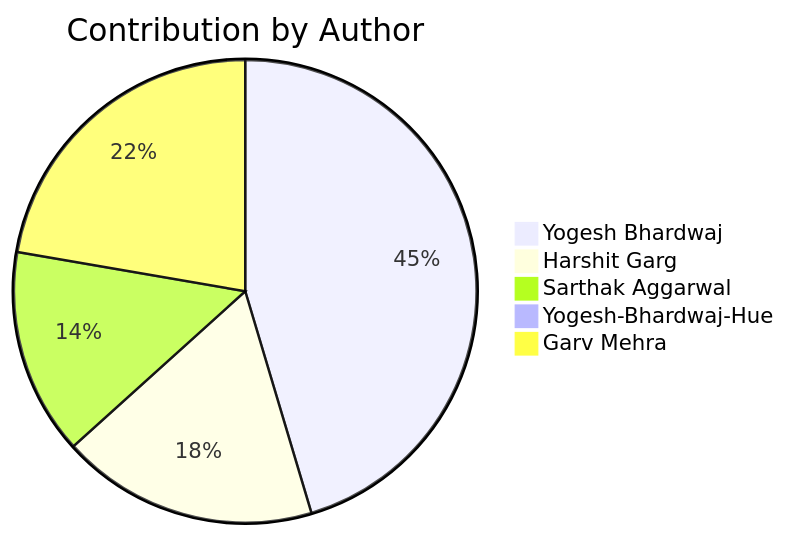
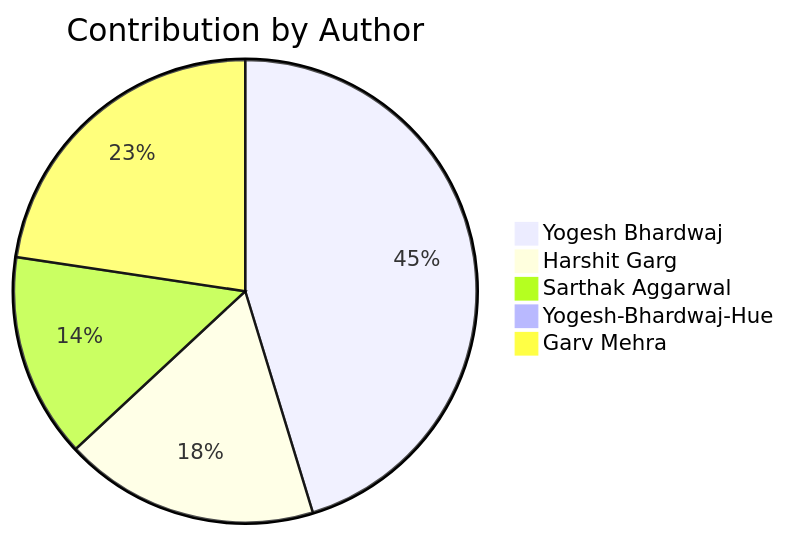
The second of 2 diagrams in README.md (Yogesh-Bhardwaj-hue/Scm-Final_2.0), drawn with Mermaid before and after one commit. The commit also changed other lines of this file, not shown here.

Commit message:
2Lauazt2l6ao

````diff
--- a/README.md
+++ b/README.md
@@ -220,8 +220,8 @@
 ```mermaid
 pie title Contribution by Author
-    "Yogesh Bhardwaj": 167
+    "Yogesh Bhardwaj": 168
     "Harshit Garg": 66
     "Sarthak Aggarwal": 53
-    "Yogesh-Bhardwaj-Hue": 1
-    "Garv Mehra": 82
+    "Yogesh-Bhardwaj-Hue": 2
+    "Garv Mehra": 84
 ```
````
